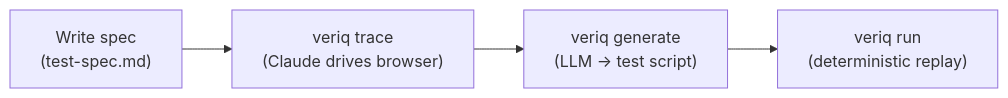
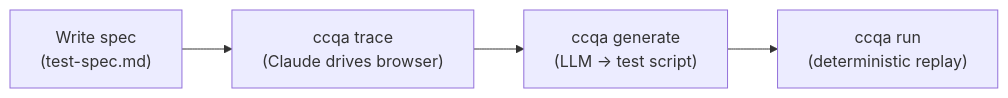
The diagram in README.md (shibukazu/ccqa), drawn with Mermaid before and after one commit. The commit also changed other lines of this file and 15 other files, not shown here.

First line of the commit message:
feat: rename veriq to ccqa

````diff
--- a/README.md
+++ b/README.md
@@ -13,6 +13,6 @@
 ```mermaid
 flowchart LR
-    A["Write spec\n(test-spec.md)"] --> B["veriq trace\n(Claude drives browser)"]
-    B --> C["veriq generate\n(LLM → test script)"]
-    C --> D["veriq run\n(deterministic replay)"]
+    A["Write spec\n(test-spec.md)"] --> B["ccqa trace\n(Claude drives browser)"]
+    B --> C["ccqa generate\n(LLM → test script)"]
+    C --> D["ccqa run\n(deterministic replay)"]
 ```
````
